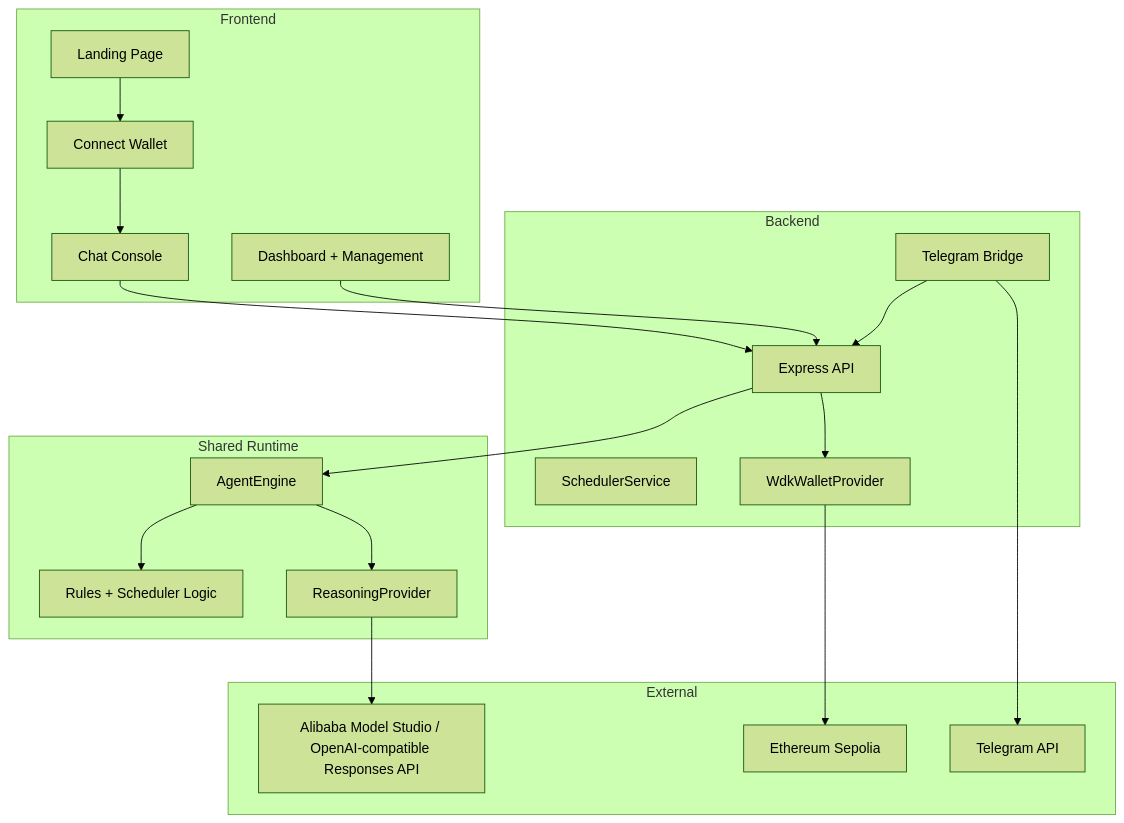
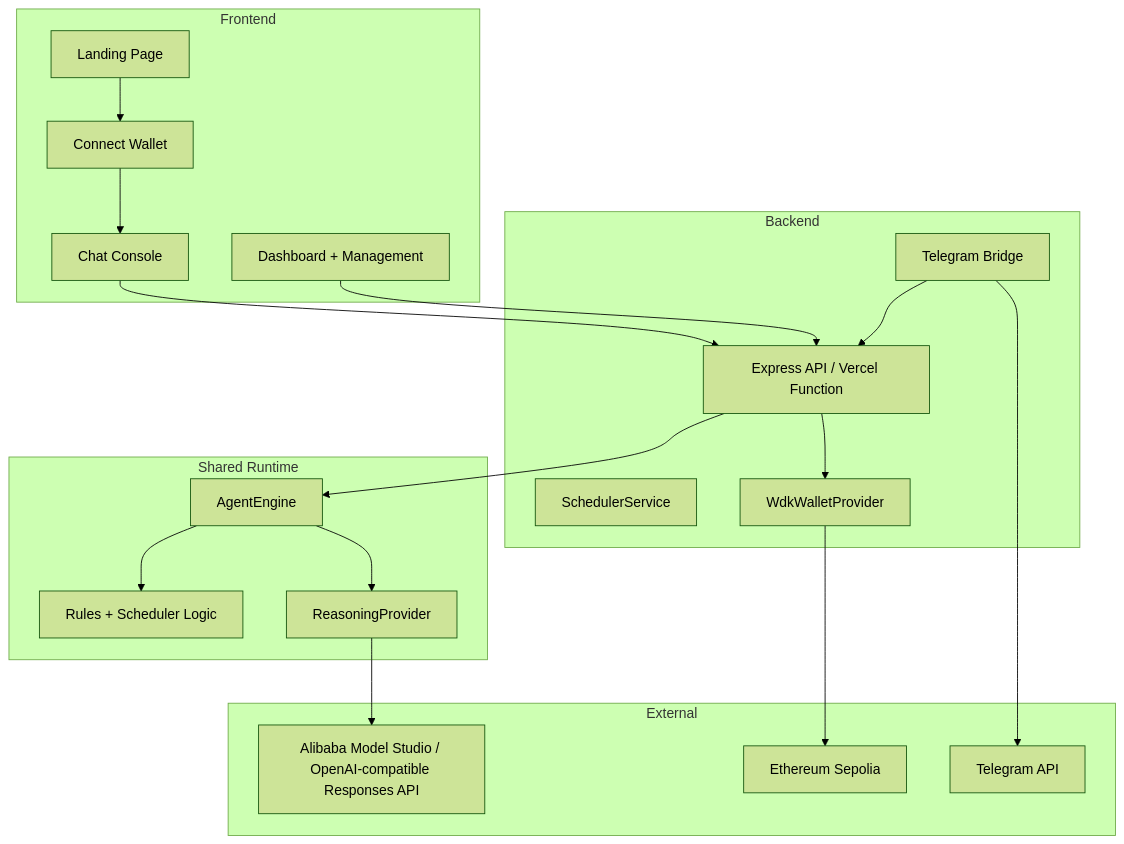
One commit to panzauto46-bot/AegisPay-Agent changed the diagram in docs/PROJECT_REVIEW.md. Above: the diagram before and after it, drawn with Mermaid (forest theme). The commit also changed other lines of this file and 10 other files, not shown here.

Commit message:
Add Vercel API runtime and cron scheduler support

````diff
--- a/docs/PROJECT_REVIEW.md
+++ b/docs/PROJECT_REVIEW.md
@@ -24,38 +24,38 @@
 ```mermaid
 graph TB
     subgraph Frontend
         LP["Landing Page"]
         CW["Connect Wallet"]
         CHAT["Chat Console"]
         DASH["Dashboard + Management"]
     end
 
     subgraph Shared Runtime
         ENGINE["AgentEngine"]
         RULES["Rules + Scheduler Logic"]
         REASON["ReasoningProvider"]
     end
 
     subgraph Backend
-        API["Express API"]
+        API["Express API / Vercel Function"]
         SCHED["SchedulerService"]
         TELE["Telegram Bridge"]
         WDK["WdkWalletProvider"]
     end
 
     subgraph External
         ALI["Alibaba Model Studio / OpenAI-compatible Responses API"]
         ETH["Ethereum Sepolia"]
         TG["Telegram API"]
     end
 
     LP --> CW --> CHAT
     CHAT --> API
     DASH --> API
     API --> ENGINE
     ENGINE --> RULES
     ENGINE --> REASON --> ALI
     API --> WDK --> ETH
     TELE --> API
     TELE --> TG
 ```
````
